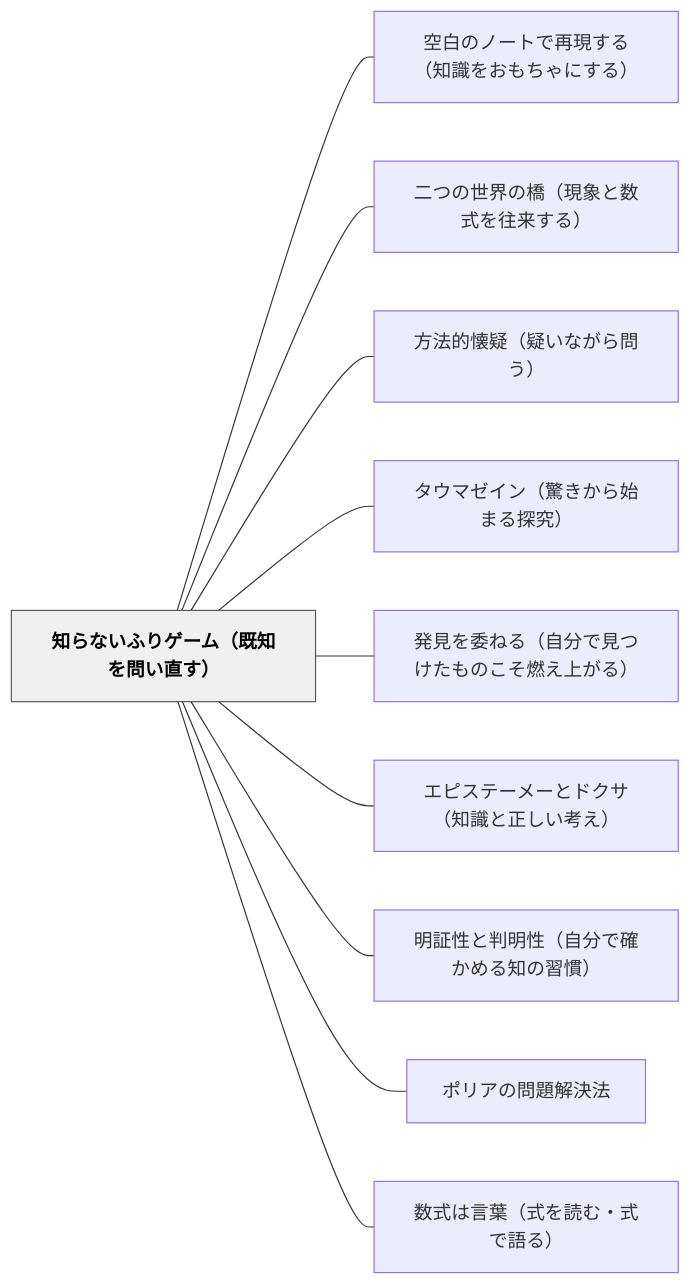
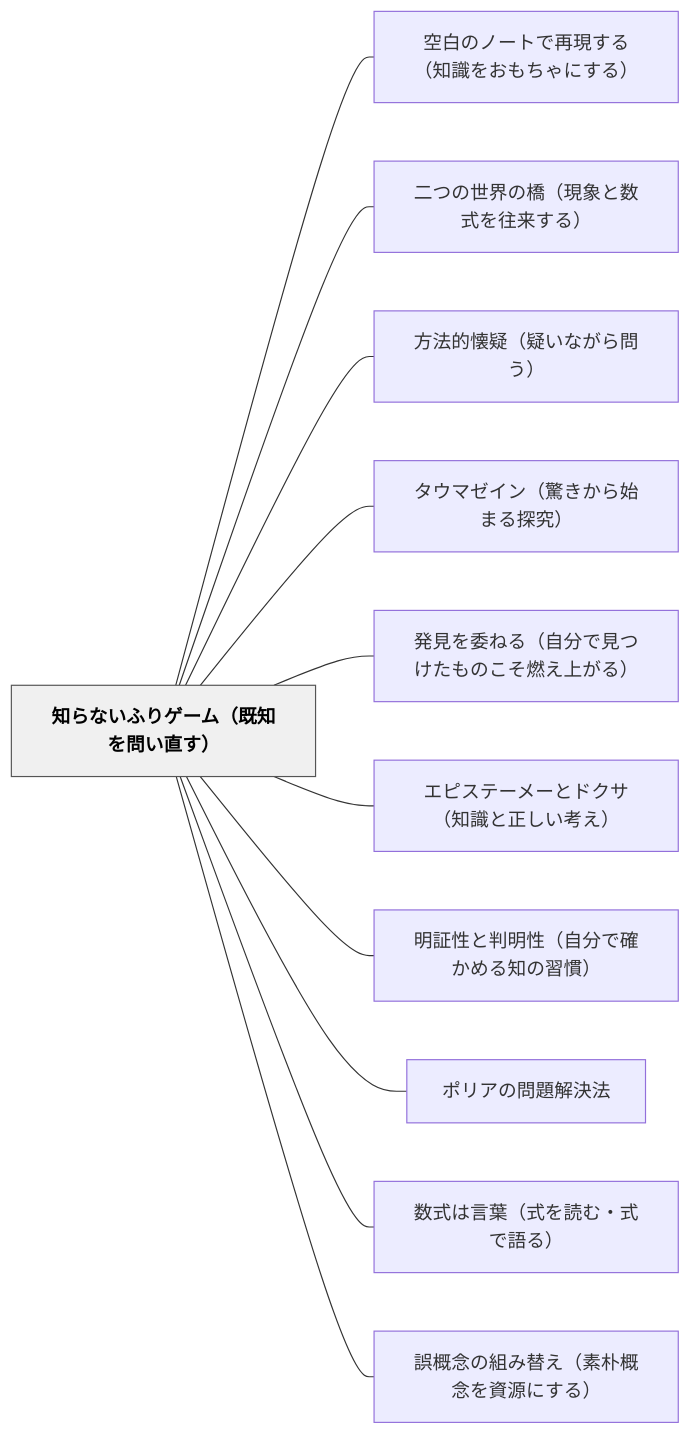
Before and after one commit to unknownthings-ed-patterns/unknownthings-ed-patterns: the diagram in content/パタン/知らないふりゲーム（既知を問い直す）.md, drawn with Mermaid. The commit also changed other lines of this file, not shown here.

Commit message:
auto: Obsidianから同期 2026-06-13 02:50

````diff
--- a/content/パタン/知らないふりゲーム（既知を問い直す）.md
+++ b/content/パタン/知らないふりゲーム（既知を問い直す）.md
@@ -116,26 +117,28 @@
 ```mermaid
 flowchart LR
     ne79fa5e38289e381aae38184e381b5e3828ae382b2e383bce383a0efbc88e697a2e79fa5e38292e5958fe38184e79bb4e38199efbc89["知らないふりゲーム（既知を問い直す）"]
     ne7a9bae799bde381aee3838ee383bce38388e381a7e5868de78fbee38199e3828befbc88e79fa5e8ad98e38292e3818ae38282e381a1e38283e381abe38199e3828befbc89["空白のノートで再現する（知識をおもちゃにする）"]
     ne4ba8ce381a4e381aee4b896e7958ce381aee6a98befbc88e78fbee8b1a1e381a8e695b0e5bc8fe38292e5be80e69da5e38199e3828befbc89["二つの世界の橋（現象と数式を往来する）"]
     ne696b9e6b395e79a84e68790e79691efbc88e79691e38184e381aae3818ce38289e5958fe38186efbc89["方法的懐疑（疑いながら問う）"]
     ne382bfe382a6e3839ee382bce382a4e383b3efbc88e9a99ae3818de3818be38289e5a78be381bee3828be68ea2e7a9b6efbc89["タウマゼイン（驚きから始まる探究）"]
     ne799bae8a68be38292e5a794e381ade3828befbc88e887aae58886e381a7e8a68be381a4e38191e3819fe38282e381aee38193e3819de78783e38188e4b88ae3818ce3828befbc89["発見を委ねる（自分で見つけたものこそ燃え上がる）"]
     ne382a8e38394e382b9e38386e383bce383a1e383bce381a8e38389e382afe382b5efbc88e79fa5e8ad98e381a8e6ada3e38197e38184e88083e38188efbc89["エピステーメーとドクサ（知識と正しい考え）"]
     ne6988ee8a8bce680a7e381a8e588a4e6988ee680a7efbc88e887aae58886e381a7e7a2bae3818be38281e3828be79fa5e381aee7bf92e685a3efbc89["明証性と判明性（自分で確かめる知の習慣）"]
     ne3839de383aae382a2e381aee5958fe9a18ce8a7a3e6b1bae6b395["ポリアの問題解決法"]
     ne695b0e5bc8fe381afe8a880e89189efbc88e5bc8fe38292e8aaade38280e383bbe5bc8fe381a7e8aa9ee3828befbc89["数式は言葉（式を読む・式で語る）"]
+    ne8aaa4e6a682e5bfb5e381aee7b584e381bfe69bbfe38188efbc88e7b4a0e69cb4e6a682e5bfb5e38292e8b387e6ba90e381abe38199e3828befbc89["誤概念の組み替え（素朴概念を資源にする）"]
 
     ne79fa5e38289e381aae38184e381b5e3828ae382b2e383bce383a0efbc88e697a2e79fa5e38292e5958fe38184e79bb4e38199efbc89 --- ne7a9bae799bde381aee3838ee383bce38388e381a7e5868de78fbee38199e3828befbc88e79fa5e8ad98e38292e3818ae38282e381a1e38283e381abe38199e3828befbc89
     ne79fa5e38289e381aae38184e381b5e3828ae382b2e383bce383a0efbc88e697a2e79fa5e38292e5958fe38184e79bb4e38199efbc89 --- ne4ba8ce381a4e381aee4b896e7958ce381aee6a98befbc88e78fbee8b1a1e381a8e695b0e5bc8fe38292e5be80e69da5e38199e3828befbc89
     ne79fa5e38289e381aae38184e381b5e3828ae382b2e383bce383a0efbc88e697a2e79fa5e38292e5958fe38184e79bb4e38199efbc89 --- ne696b9e6b395e79a84e68790e79691efbc88e79691e38184e381aae3818ce38289e5958fe38186efbc89
     ne79fa5e38289e381aae38184e381b5e3828ae382b2e383bce383a0efbc88e697a2e79fa5e38292e5958fe38184e79bb4e38199efbc89 --- ne382bfe382a6e3839ee382bce382a4e383b3efbc88e9a99ae3818de3818be38289e5a78be381bee3828be68ea2e7a9b6efbc89
     ne79fa5e38289e381aae38184e381b5e3828ae382b2e383bce383a0efbc88e697a2e79fa5e38292e5958fe38184e79bb4e38199efbc89 --- ne799bae8a68be38292e5a794e381ade3828befbc88e887aae58886e381a7e8a68be381a4e38191e3819fe38282e381aee38193e3819de78783e38188e4b88ae3818ce3828befbc89
     ne79fa5e38289e381aae38184e381b5e3828ae382b2e383bce383a0efbc88e697a2e79fa5e38292e5958fe38184e79bb4e38199efbc89 --- ne382a8e38394e382b9e38386e383bce383a1e383bce381a8e38389e382afe382b5efbc88e79fa5e8ad98e381a8e6ada3e38197e38184e88083e38188efbc89
     ne79fa5e38289e381aae38184e381b5e3828ae382b2e383bce383a0efbc88e697a2e79fa5e38292e5958fe38184e79bb4e38199efbc89 --- ne6988ee8a8bce680a7e381a8e588a4e6988ee680a7efbc88e887aae58886e381a7e7a2bae3818be38281e3828be79fa5e381aee7bf92e685a3efbc89
     ne79fa5e38289e381aae38184e381b5e3828ae382b2e383bce383a0efbc88e697a2e79fa5e38292e5958fe38184e79bb4e38199efbc89 --- ne3839de383aae382a2e381aee5958fe9a18ce8a7a3e6b1bae6b395
     ne79fa5e38289e381aae38184e381b5e3828ae382b2e383bce383a0efbc88e697a2e79fa5e38292e5958fe38184e79bb4e38199efbc89 --- ne695b0e5bc8fe381afe8a880e89189efbc88e5bc8fe38292e8aaade38280e383bbe5bc8fe381a7e8aa9ee3828befbc89
+    ne79fa5e38289e381aae38184e381b5e3828ae382b2e383bce383a0efbc88e697a2e79fa5e38292e5958fe38184e79bb4e38199efbc89 --- ne8aaa4e6a682e5bfb5e381aee7b584e381bfe69bbfe38188efbc88e7b4a0e69cb4e6a682e5bfb5e38292e8b387e6ba90e381abe38199e3828befbc89
 
     classDef hub fill:#f0f0f0,stroke:#555,color:#000,font-weight:bold
     class ne79fa5e38289e381aae38184e381b5e3828ae382b2e383bce383a0efbc88e697a2e79fa5e38292e5958fe38184e79bb4e38199efbc89 hub
 ```
````
